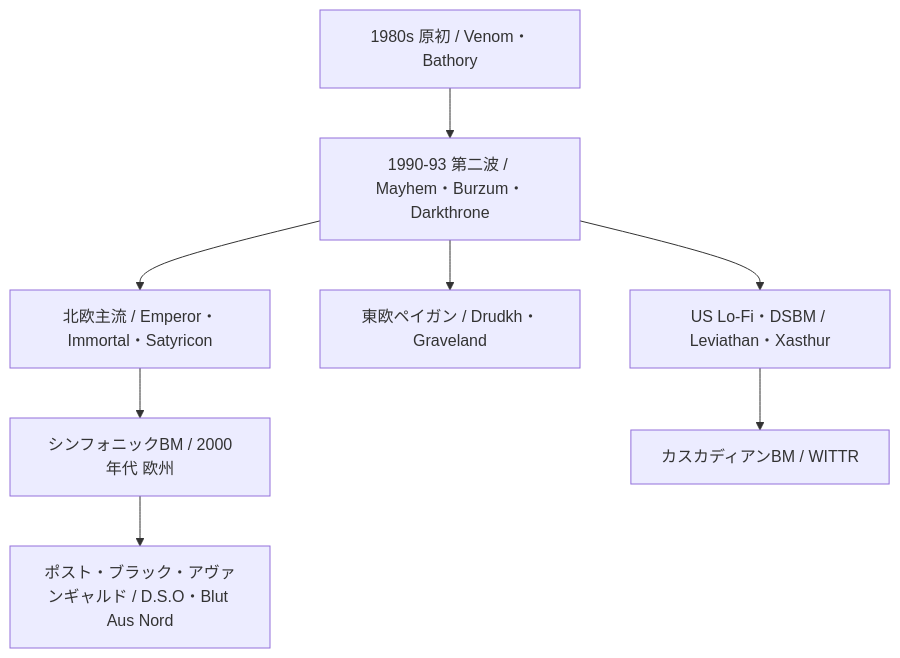
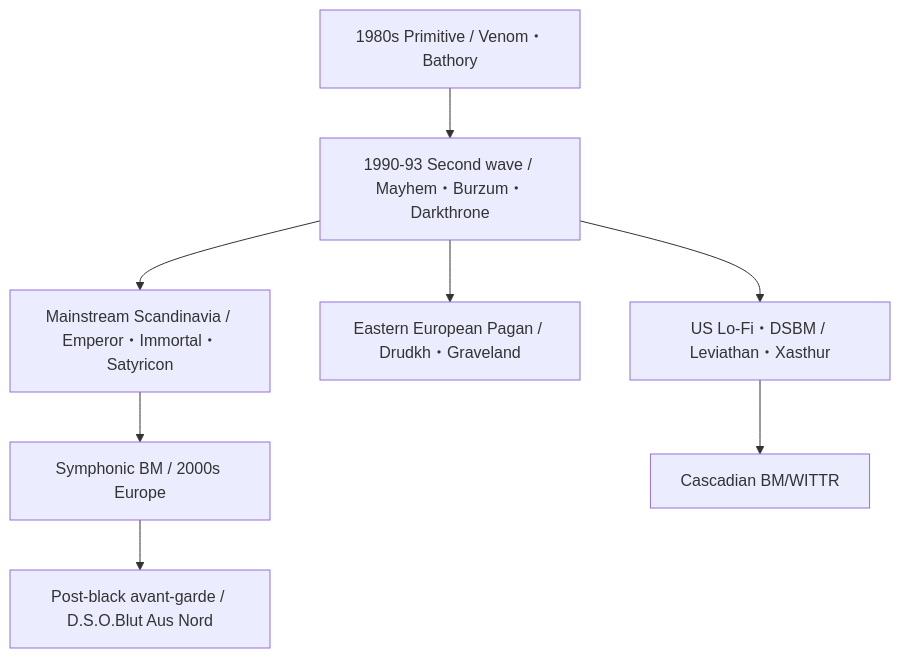
One commit to monumental-movement/monumental-movement.github.io changed the diagram in en/_posts/2025-11-26-column-black-metal-history.md. Above: the diagram before and after it, drawn with Mermaid. The commit also changed other lines of this file and 801 other files, not shown here.

```diff
--- a/en/_posts/2025-11-26-column-black-metal-history.md
+++ b/en/_posts/2025-11-26-column-black-metal-history.md
@@ -459,10 +459,10 @@
 <div class="mermaid">
 flowchart TD
-    A[1980s 原初 / Venom・Bathory] --> B[1990-93 第二波 / Mayhem・Burzum・Darkthrone]
-    B --> C[北欧主流 / Emperor・Immortal・Satyricon]
-    B --> D[東欧ペイガン / Drudkh・Graveland]
+    A[1980s Primitive / Venom・Bathory] --> B[1990-93 Second wave / Mayhem・Burzum・Darkthrone]
+    B --> C[Mainstream Scandinavia / Emperor・Immortal・Satyricon]
+    B --> D[Eastern European Pagan / Drudkh・Graveland]
     B --> E[US Lo-Fi・DSBM / Leviathan・Xasthur]
-    C --> F[シンフォニックBM / 2000年代 欧州]
-    E --> G[カスカディアンBM / WITTR]
-    F --> H[ポスト・ブラック・アヴァンギャルド / D.S.O・Blut Aus Nord]
+    C --> F[Symphonic BM / 2000s Europe]
+    E --> G[Cascadian BM/WITTR]
+    F --> H[Post-black avant-garde / D.S.O.Blut Aus Nord]
 </div>
```
